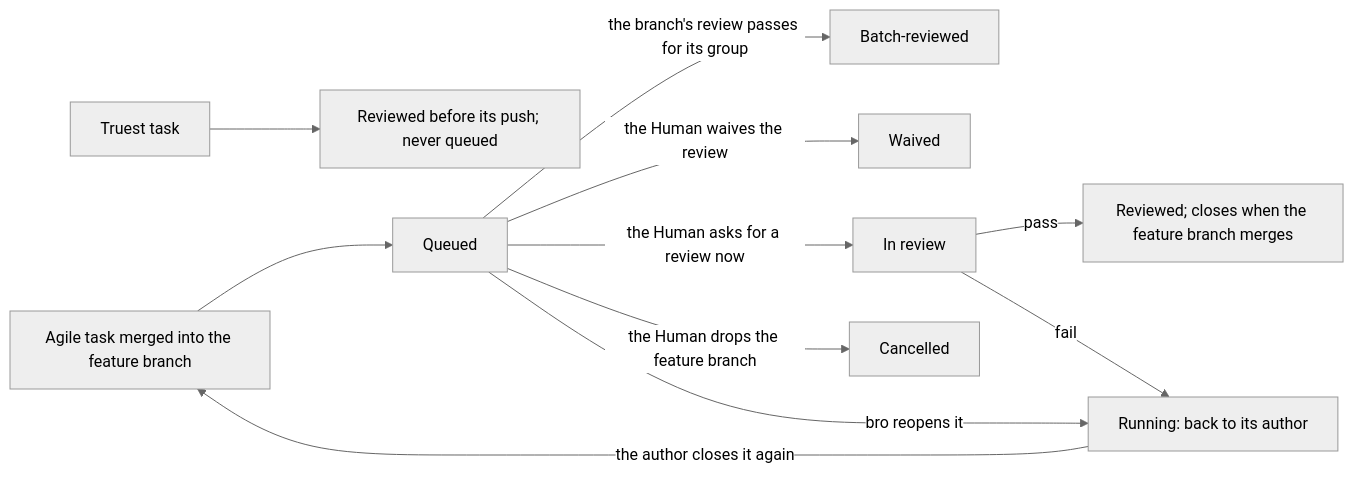
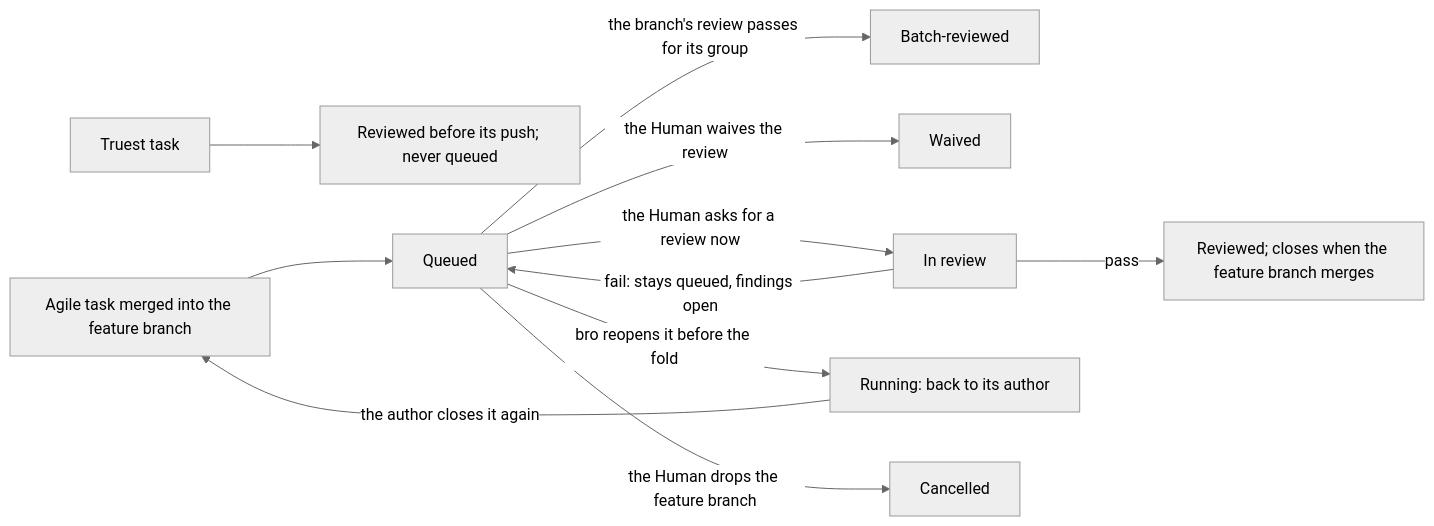
The third of 8 diagrams in docs/architecture/AGILE.md (trustmybot/plugin), drawn with Mermaid (neutral theme) before and after one commit. The commit also changed other lines of this file and 2 other files, not shown here.

````diff
--- a/docs/architecture/AGILE.md
+++ b/docs/architecture/AGILE.md
@@ -66,13 +66,13 @@
 ```mermaid
 flowchart LR
     T[Truest task] --> RV[Reviewed before its push; never queued]
     A[Agile task merged into the feature branch] --> Q[Queued]
     Q -- the branch's review passes for its group --> BR[Batch-reviewed]
     Q -- the Human waives the review --> W[Waived]
     Q -- the Human asks for a review now --> IR[In review]
     IR -- pass --> RD[Reviewed; closes when the feature branch merges]
-    IR -- fail --> RW[Running: back to its author]
-    Q -- bro reopens it --> RW
+    IR -- fail: stays queued, findings open --> Q
+    Q -- bro reopens it before the fold --> RW[Running: back to its author]
     RW -- the author closes it again --> A
     Q -- the Human drops the feature branch --> ES[Cancelled]
 ```
````
